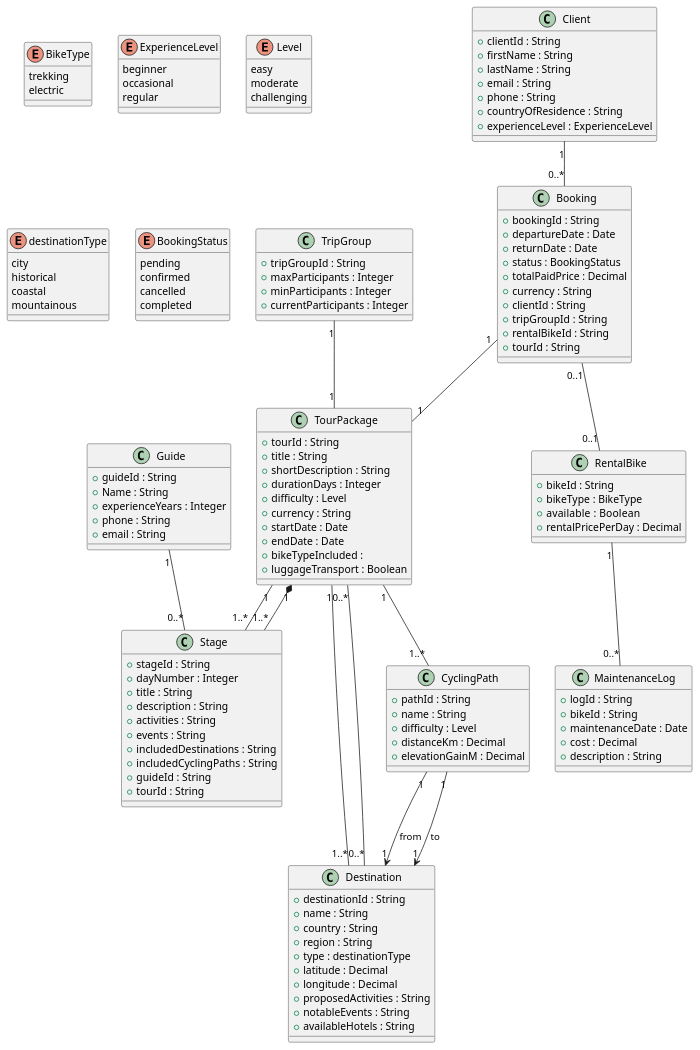
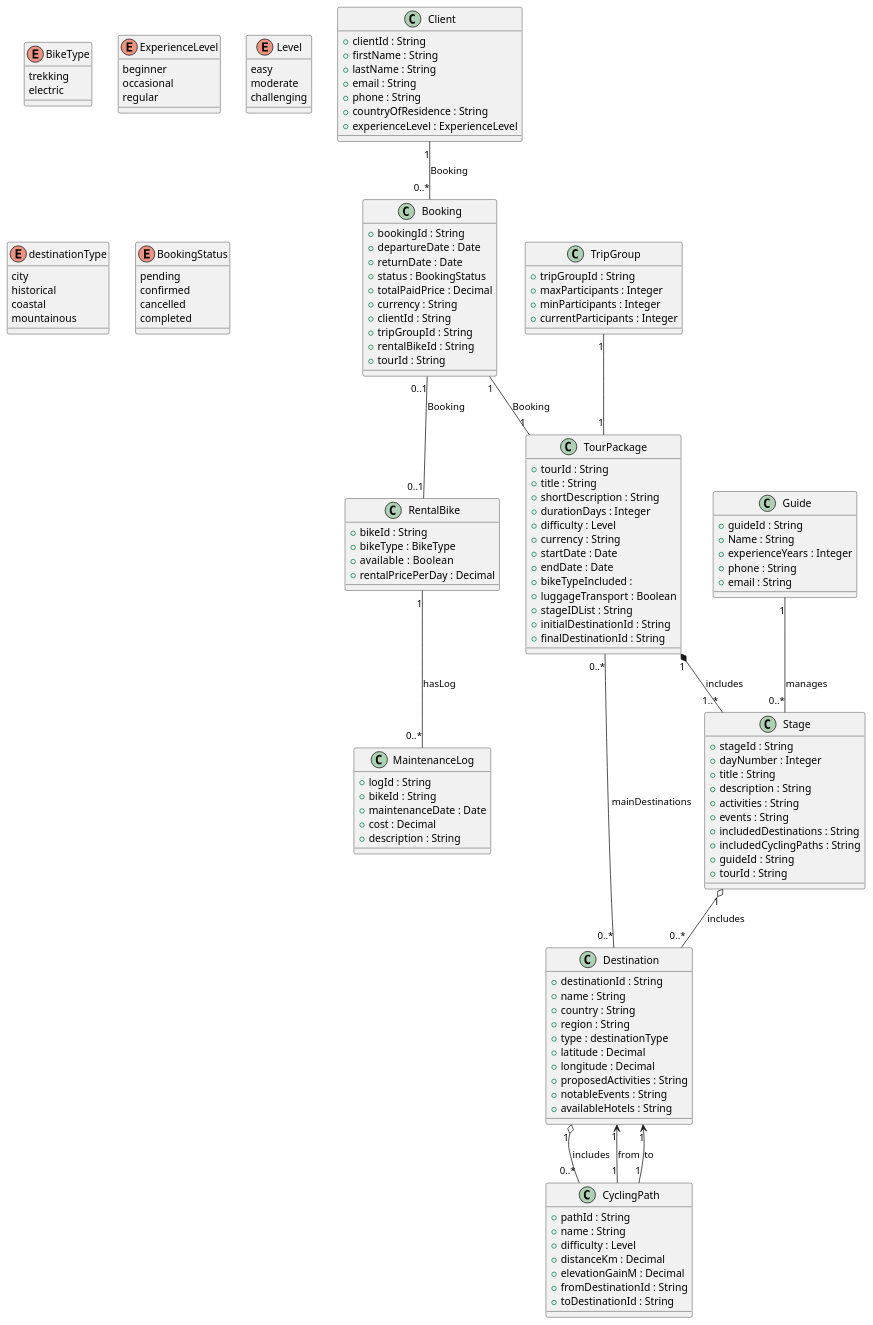
The diagram in data_model_uml.puml (jasensteve10/Data_Pipeline), drawn with PlantUML before and after one commit. The commit also changed 1 other file, not shown here.

Commit message:
final model

```diff
--- a/data_model_uml.puml
+++ b/data_model_uml.puml
@@ -1,164 +1,173 @@
 @startuml
 
 
 ' ==== Enums ====
 enum BikeType {
     trekking
     electric
 }
 
 enum ExperienceLevel {
   beginner
   occasional
   regular
 }
 
 enum Level {
   easy
   moderate
   challenging
 }
 
 enum destinationType {
   city
   historical
   coastal
   mountainous
 }
 
 enum BookingStatus {
   pending
   confirmed
   cancelled
   completed
 }
 
 
 ' ==== Main classes ====
 
 class Client {
   +clientId : String
   +firstName : String
   +lastName : String
   +email : String
   +phone : String
   +countryOfResidence : String
   +experienceLevel : ExperienceLevel
 }
 
 class Guide {
   +guideId : String
   +Name : String
   +experienceYears : Integer
   +phone : String
   +email : String
 }
 
 class TourPackage {
   +tourId : String
   +title : String
   +shortDescription : String
   +durationDays : Integer
   +difficulty : Level
   +currency : String
   +startDate : Date
   +endDate : Date
   +bikeTypeIncluded : 
   +luggageTransport : Boolean
-
+  +stageIDList : String
+  +initialDestinationId : String
+  +finalDestinationId : String
 }
 
 class Stage {
   +stageId : String
   +dayNumber : Integer
   +title : String
   +description : String
   +activities : String
   +events : String
   +includedDestinations : String
   +includedCyclingPaths : String
   +guideId : String
   +tourId : String
 }
 
 class Destination {
   +destinationId : String
   +name : String
   +country : String
   +region : String
   +type : destinationType
   +latitude : Decimal
   +longitude : Decimal
   +proposedActivities : String
   +notableEvents : String
   +availableHotels : String
 }
 
 class CyclingPath {
   +pathId : String
   +name : String
   +difficulty : Level
   +distanceKm : Decimal
   +elevationGainM : Decimal
+  +fromDestinationId : String
+  +toDestinationId : String
 }
 
 class RentalBike {
   +bikeId : String
   +bikeType : BikeType
   +available  : Boolean
   +rentalPricePerDay : Decimal
 }
 
 class TripGroup {
   +tripGroupId : String
   +maxParticipants : Integer
   +minParticipants : Integer
   +currentParticipants : Integer
 }
 
 class Booking {
   +bookingId : String
   +departureDate : Date
   +returnDate : Date
   +status : BookingStatus
   +totalPaidPrice : Decimal
   +currency : String
   +clientId : String
   +tripGroupId : String
   +rentalBikeId : String
   +tourId : String
 }
 
 class MaintenanceLog {
   +logId : String
   +bikeId : String
   +maintenanceDate : Date
   +cost : Decimal
   +description : String
 }
 
 ' ==== Associations & multiplicities ====
-Guide "1" -- "0..*" Stage  
-TourPackage "1" -- "1..*" Stage
-TourPackage "1" -- "1..*" Destination
-TourPackage "1" -- "1..*" CyclingPath
+Guide "1" -- "0..*" Stage  : manages
 TripGroup "1" -- "1" TourPackage
-Client "1" -- "0..*" Booking
-Booking "1" -- "1" TourPackage
-Booking "0..1" -- "0..1" RentalBike
+
+Client "1" -- "0..*" Booking :Booking
+Booking "1" -- "1" TourPackage :Booking
+
+Booking "0..1" -- "0..1" RentalBike :Booking
 
 
 ' CyclingPath start/end
 CyclingPath "1" --> "1" Destination : from
 CyclingPath "1" --> "1" Destination : to
 
 
 ' TourPackage composition of Stages
-TourPackage "1" *-- "1..*" Stage
+TourPackage "1" *-- "1..*" Stage : includes
+
+' Stage composition of destinations and cycling paths
+Stage "1" o-- "0..*" Destination : includes
+
+' Destination composition of cycling paths
+Destination "1" o-- "0..*" CyclingPath : includes
 
 ' TourPackage <-> Destination (main destinations)
-TourPackage "0..*" -- "0..*" Destination
+TourPackage "0..*" -- "0..*" Destination : mainDestinations
 
 ' RentalBike maintenance logs
-RentalBike "1" -- "0..*" MaintenanceLog
+RentalBike "1" -- "0..*" MaintenanceLog : hasLog
 @enduml
```
